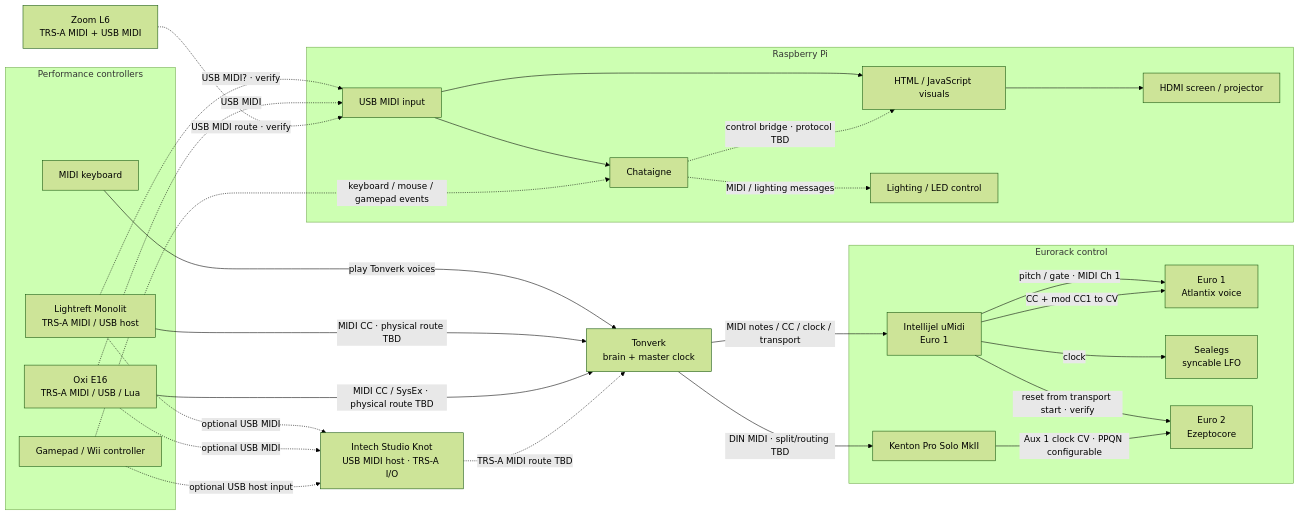
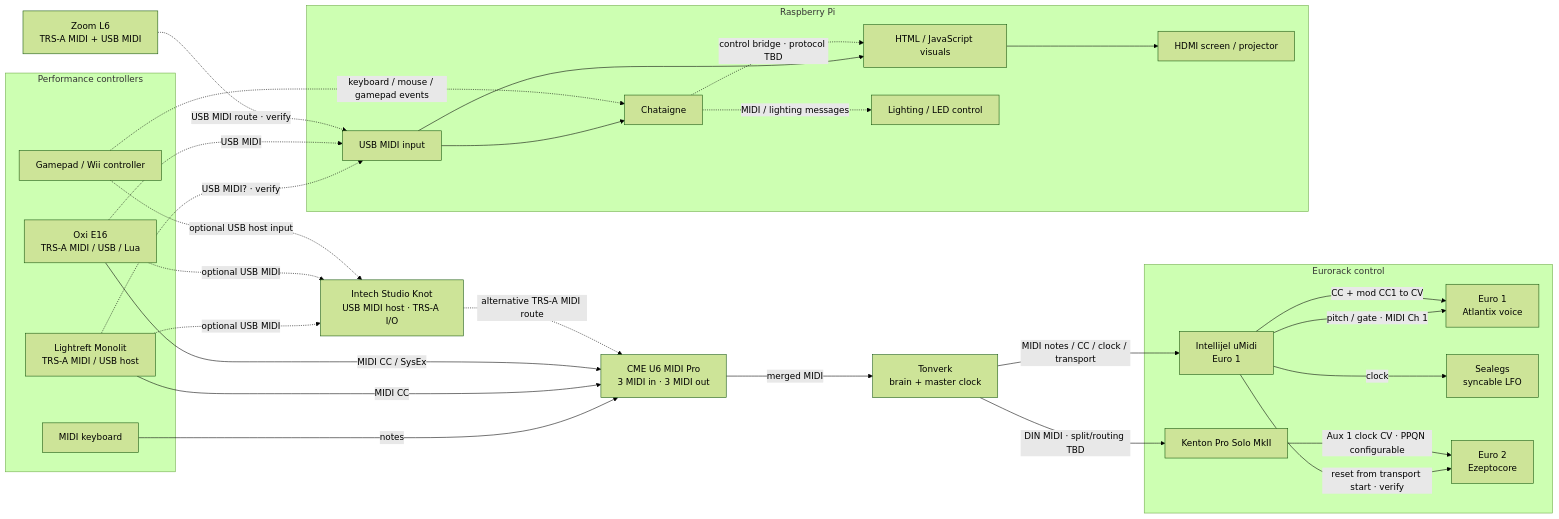
Before and after one commit to LeaveTheCapital/tda: the second of 2 diagrams in docs/live-rig/audio-midi.md, drawn with Mermaid (forest theme). The commit also changed other lines of this file and 1 other file, not shown here.

Commit message:
Simplify routing diagrams and add CME U6

````diff
--- a/docs/live-rig/audio-midi.md
+++ b/docs/live-rig/audio-midi.md
@@ -78,58 +57,60 @@
 ```mermaid
 flowchart LR
     subgraph CONTROLLERS["Performance controllers"]
         KEYBOARD["MIDI keyboard"]
         MONOLIT["Lightreft Monolit<br/>TRS-A MIDI / USB host"]
         E16["Oxi E16<br/>TRS-A MIDI / USB / Lua"]
         GAMEPAD["Gamepad / Wii controller"]
     end
 
+    CME_U6["CME U6 MIDI Pro<br/>3 MIDI in · 3 MIDI out"]
     TONVERK["Tonverk<br/>brain + master clock"]
 
     subgraph EURO_CONTROL["Eurorack control"]
         UMIDI["Intellijel uMidi<br/>Euro 1"]
         EURO1_VOICE["Euro 1<br/>Atlantix voice"]
         SEALEGS_CLOCK["Sealegs<br/>syncable LFO"]
         KENTON["Kenton Pro Solo MkII"]
         EZE_CONTROL["Euro 2<br/>Ezeptocore"]
 
         UMIDI -->|"pitch / gate · MIDI Ch 1"| EURO1_VOICE
         UMIDI -->|"CC + mod CC1 to CV"| EURO1_VOICE
         UMIDI -->|clock| SEALEGS_CLOCK
         UMIDI -->|"reset from transport start · verify"| EZE_CONTROL
         KENTON -->|"Aux 1 clock CV · PPQN configurable"| EZE_CONTROL
     end
 
     subgraph PI["Raspberry Pi"]
         PI_MIDI["USB MIDI input"]
         CHATAIGNE["Chataigne"]
         VISUALS["HTML / JavaScript visuals"]
         LIGHTING["Lighting / LED control"]
         HDMI["HDMI screen / projector"]
 
         PI_MIDI --> CHATAIGNE
         PI_MIDI --> VISUALS
         CHATAIGNE -.->|"MIDI / lighting messages"| LIGHTING
         CHATAIGNE -.->|"control bridge · protocol TBD"| VISUALS
         VISUALS --> HDMI
     end
 
     KNOT["Intech Studio Knot<br/>USB MIDI host · TRS-A I/O"]
     L6_MIDI["Zoom L6<br/>TRS-A MIDI + USB MIDI"]
 
-    KEYBOARD -->|"play Tonverk voices"| TONVERK
-    MONOLIT -->|"MIDI CC · physical route TBD"| TONVERK
-    E16 -->|"MIDI CC / SysEx · physical route TBD"| TONVERK
+    KEYBOARD -->|"notes"| CME_U6
+    MONOLIT -->|"MIDI CC"| CME_U6
+    E16 -->|"MIDI CC / SysEx"| CME_U6
+    CME_U6 -->|"merged MIDI"| TONVERK
     TONVERK -->|"MIDI notes / CC / clock / transport"| UMIDI
     TONVERK -->|"DIN MIDI · split/routing TBD"| KENTON
 
     MONOLIT -.->|"optional USB MIDI"| KNOT
     E16 -.->|"optional USB MIDI"| KNOT
     GAMEPAD -.->|"optional USB host input"| KNOT
-    KNOT -.->|"TRS-A MIDI route TBD"| TONVERK
+    KNOT -.->|"alternative TRS-A MIDI route"| CME_U6
 
     MONOLIT -.->|"USB MIDI? · verify"| PI_MIDI
     E16 -.->|"USB MIDI"| PI_MIDI
     L6_MIDI -.->|"USB MIDI route · verify"| PI_MIDI
     GAMEPAD -.->|"keyboard / mouse / gamepad events"| CHATAIGNE
 ```
````
